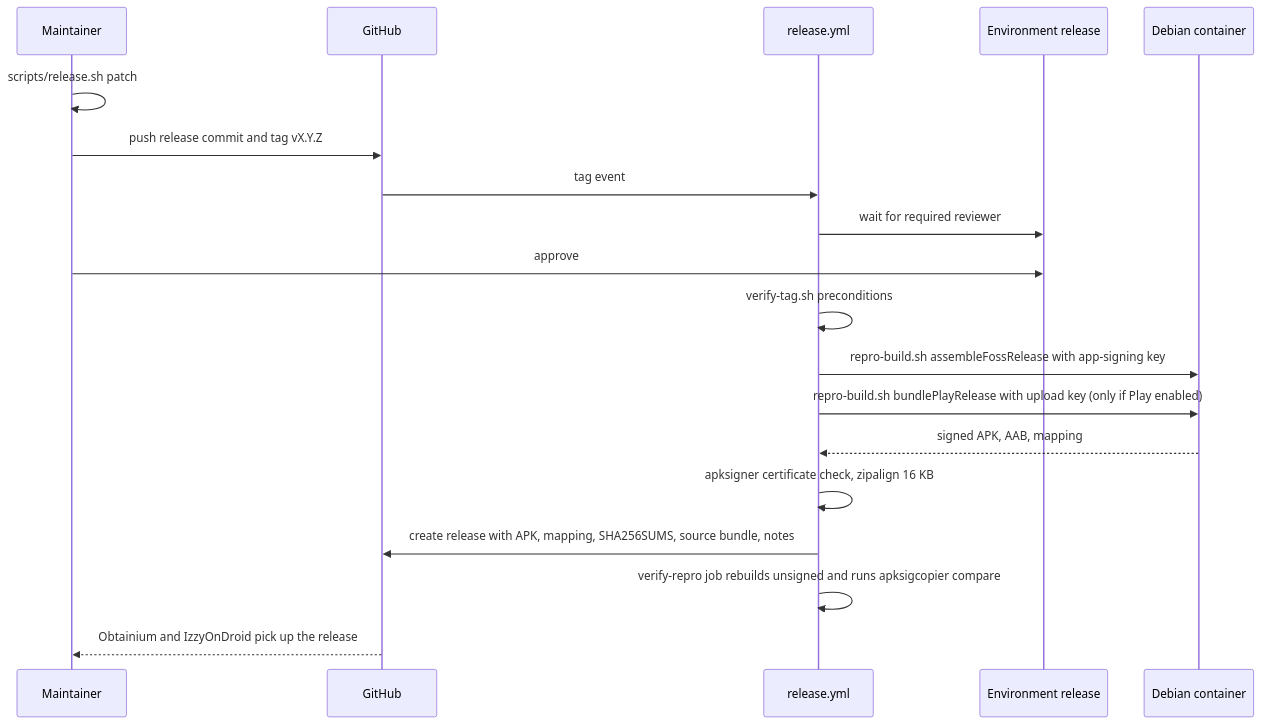
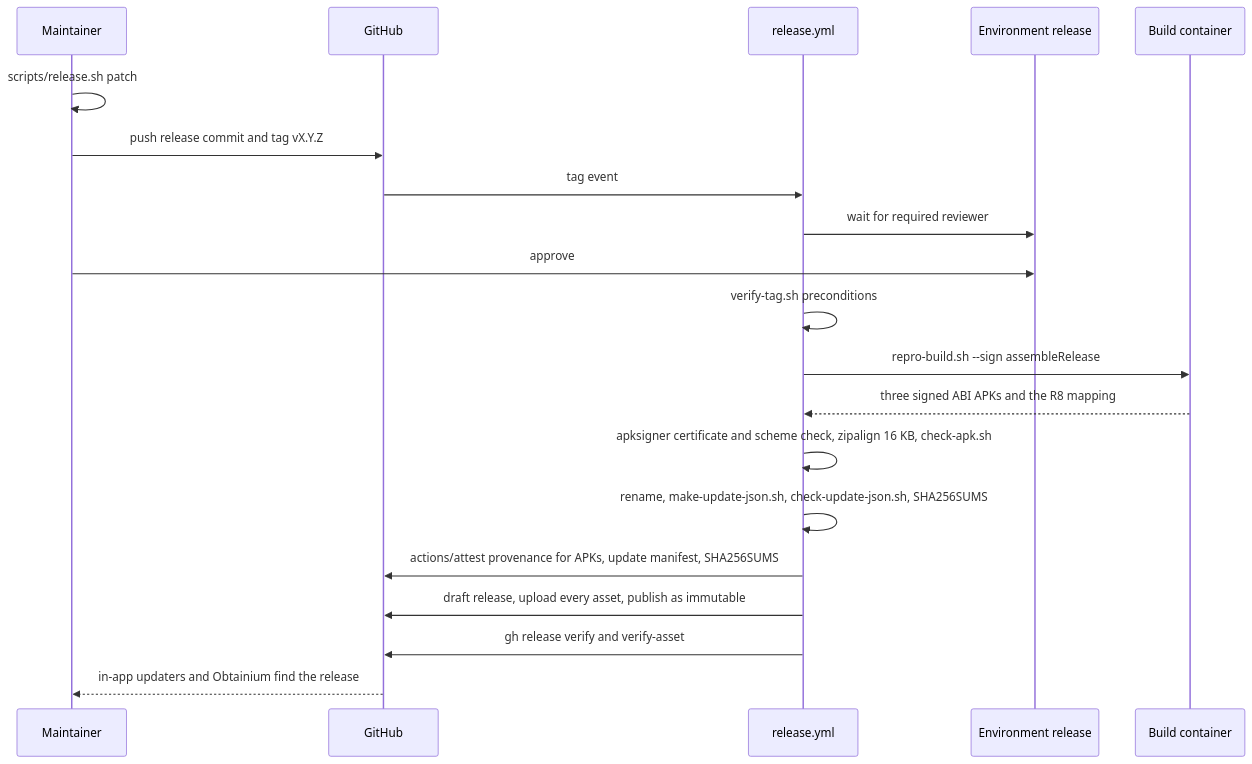
The second of 5 diagrams in docs/design/09-quality-and-release.md (BigBoyDevBox/Neutrodyne), drawn with Mermaid before and after one commit. The commit also changed other lines of this file and 11 other files, not shown here.

````diff
--- a/docs/design/09-quality-and-release.md
+++ b/docs/design/09-quality-and-release.md
@@ -522,21 +536,22 @@
 ```mermaid
 sequenceDiagram
   participant M as Maintainer
   participant G as GitHub
   participant R as release.yml
   participant E as Environment release
-  participant C as Debian container
+  participant C as Build container
   M->>M: scripts/release.sh patch
   M->>G: push release commit and tag vX.Y.Z
   G->>R: tag event
   R->>E: wait for required reviewer
   M->>E: approve
   R->>R: verify-tag.sh preconditions
-  R->>C: repro-build.sh assembleFossRelease with app-signing key
-  R->>C: repro-build.sh bundlePlayRelease with upload key (only if Play enabled)
-  C-->>R: signed APK, AAB, mapping
-  R->>R: apksigner certificate check, zipalign 16 KB
-  R->>G: create release with APK, mapping, SHA256SUMS, source bundle, notes
-  R->>R: verify-repro job rebuilds unsigned and runs apksigcopier compare
-  G-->>M: Obtainium and IzzyOnDroid pick up the release
+  R->>C: repro-build.sh --sign assembleRelease
+  C-->>R: three signed ABI APKs and the R8 mapping
+  R->>R: apksigner certificate and scheme check, zipalign 16 KB, check-apk.sh
+  R->>R: rename, make-update-json.sh, check-update-json.sh, SHA256SUMS
+  R->>G: actions/attest provenance for APKs, update manifest, SHA256SUMS
+  R->>G: draft release, upload every asset, publish as immutable
+  R->>G: gh release verify and verify-asset
+  G-->>M: in-app updaters and Obtainium find the release
 ```
````
